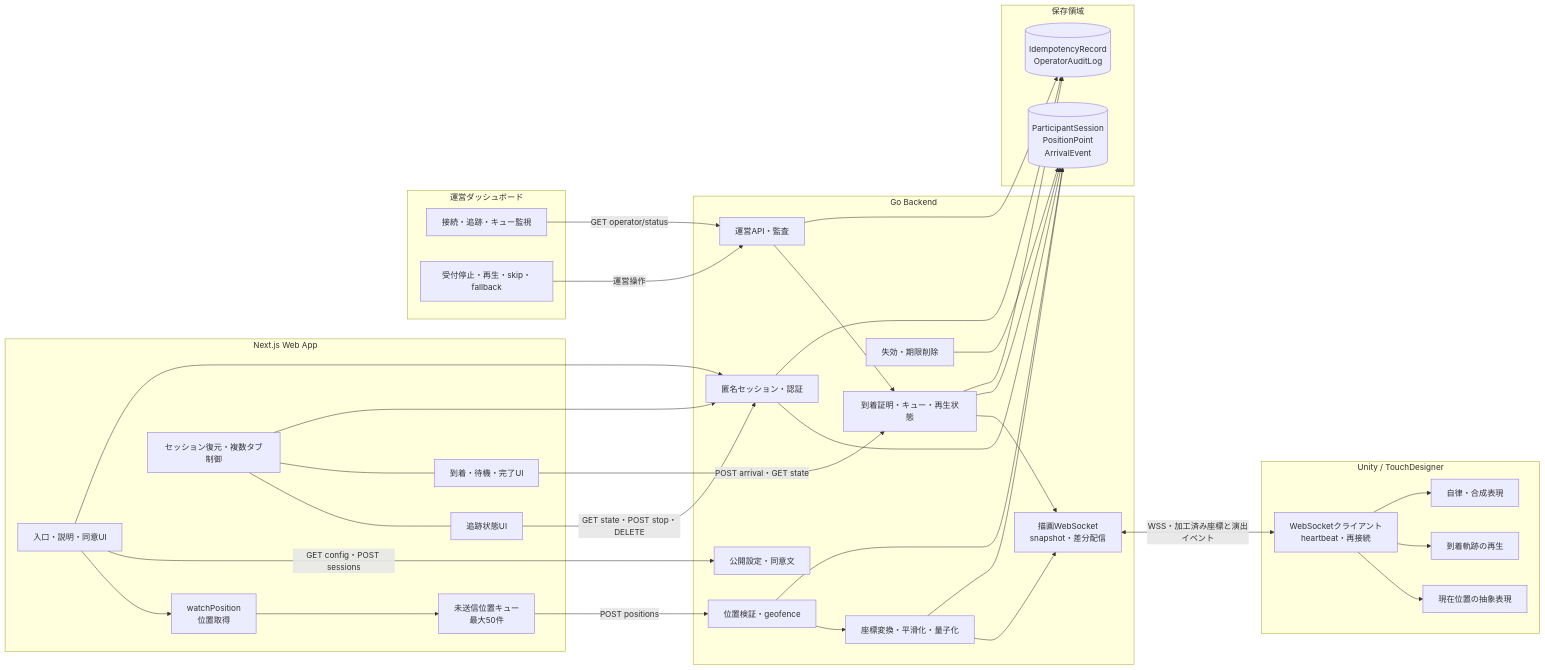
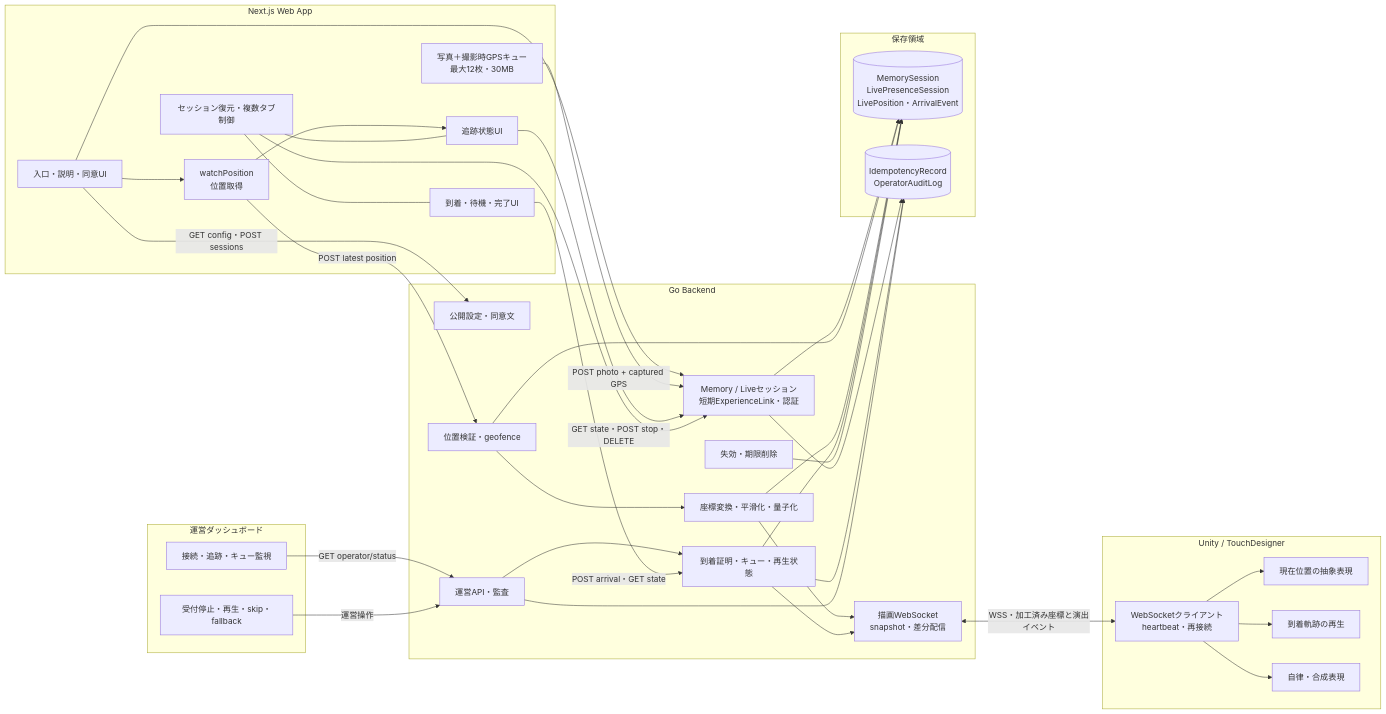
One commit to Mino829/trace-campus-installation changed the third of 6 diagrams in docs/uml-diagrams.md. Above: the diagram before and after it, drawn with Mermaid. The commit also changed other lines of this file and 17 other files, not shown here.

````diff
--- a/docs/uml-diagrams.md
+++ b/docs/uml-diagrams.md
@@ -148,71 +148,72 @@
 ```mermaid
 flowchart LR
     subgraph WebApp["Next.js Web App"]
         EntryUI["入口・説明・同意UI"]
         TrackingUI["追跡状態UI"]
         ArrivalUI["到着・待機・完了UI"]
         PositionWatcher["watchPosition<br/>位置取得"]
-        LocalQueue["未送信位置キュー<br/>最大50件"]
+        PhotoQueue["写真＋撮影時GPSキュー<br/>最大12枚・30MB"]
         SessionCoordinator["セッション復元・複数タブ制御"]
         EntryUI --> PositionWatcher
-        PositionWatcher --> LocalQueue
+        PositionWatcher --> TrackingUI
         SessionCoordinator --- TrackingUI
         SessionCoordinator --- ArrivalUI
     end
 
     subgraph Backend["Go Backend"]
         PublicConfig["公開設定・同意文"]
-        SessionService["匿名セッション・認証"]
+        SessionService["Memory / Liveセッション<br/>短期ExperienceLink・認証"]
         PositionService["位置検証・geofence"]
         MappingService["座標変換・平滑化・量子化"]
         ArrivalService["到着証明・キュー・再生状態"]
         OperatorService["運営API・監査"]
         RealtimeService["描画WebSocket<br/>snapshot・差分配信"]
         RetentionService["失効・期限削除"]
 
         PositionService --> MappingService
         MappingService --> RealtimeService
         ArrivalService --> RealtimeService
         OperatorService --> ArrivalService
     end
 
     subgraph Storage["保存領域"]
-        DB[("ParticipantSession<br/>PositionPoint<br/>ArrivalEvent")]
+        DB[("MemorySession<br/>LivePresenceSession<br/>LivePosition・ArrivalEvent")]
         Audit[("IdempotencyRecord<br/>OperatorAuditLog")]
     end
 
     subgraph Display["Unity / TouchDesigner"]
         WSClient["WebSocketクライアント<br/>heartbeat・再接続"]
         LiveView["現在位置の抽象表現"]
         Replay["到着軌跡の再生"]
         Fallback["自律・合成表現"]
         WSClient --> LiveView
         WSClient --> Replay
         WSClient --> Fallback
     end
 
     subgraph Operation["運営ダッシュボード"]
         Monitor["接続・追跡・キュー監視"]
         Controls["受付停止・再生・skip・fallback"]
     end
 
     EntryUI -->|"GET config・POST sessions"| PublicConfig
     EntryUI --> SessionService
-    LocalQueue -->|"POST positions"| PositionService
+    PositionWatcher -->|"POST latest position"| PositionService
+    PhotoQueue -->|"POST photo + captured GPS"| SessionService
     TrackingUI -->|"GET state・POST stop・DELETE"| SessionService
     ArrivalUI -->|"POST arrival・GET state"| ArrivalService
     SessionCoordinator --> SessionService
 
     SessionService --> DB
     PositionService --> DB
     MappingService --> DB
     ArrivalService --> DB
     RetentionService --> DB
     SessionService --> Audit
     ArrivalService --> Audit
     OperatorService --> Audit
 
     Monitor -->|"GET operator/status"| OperatorService
     Controls -->|"運営操作"| OperatorService
     RealtimeService <-->|"WSS・加工済み座標と演出イベント"| WSClient
 ```
````
